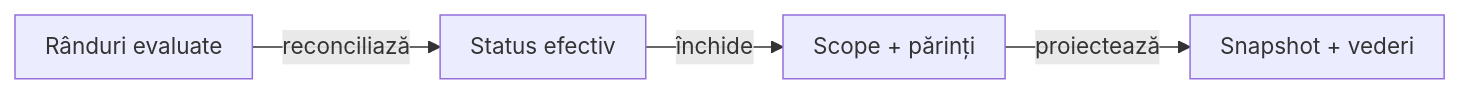
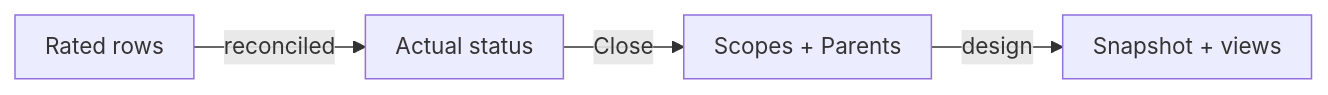
Diagram 11 of 18 in atf-reporting/README.md (crististefanita/atf_j0), drawn with Mermaid before and after one commit. The commit also changed other lines of this file and 113 other files, not shown here.

````diff
--- a/atf-reporting/README.md
+++ b/atf-reporting/README.md
@@ -1774,7 +1371,7 @@
 ```mermaid
 %%{init: {"themeVariables":{"fontSize":"15px"},"themeCSS":".nodeLabel, .nodeLabel p { font-size: 15px !important; line-height: 1.35 !important; } .edgeLabel, .edgeLabel p { font-size: 12px !important; font-weight: 400 !important; line-height: 1.2 !important; } .edgeLabel .labelBkg, .edgeLabel p { background: transparent !important; } .edgeLabel foreignObject { transform: translateY(-18px); overflow: visible; } .node rect { rx: 6px; ry: 6px; }","flowchart":{"curve":"linear","nodeSpacing":24,"rankSpacing":40,"padding":10,"diagramPadding":16}}}%%
 flowchart LR
-    Rows["Rânduri evaluate"] -->|reconciliază| Verdict["Status efectiv"]
-    Verdict -->|închide| Scope["Scope + părinți"]
-    Scope -->|proiectează| Views["Snapshot + vederi"]
+    Rows["Rated rows"] -->|reconciled| Verdict["Actual status"]
+    Verdict -->|Close| Scope["Scopes + Parents"]
+    Scope -->|design| Views["Snapshot + views"]
 ```
````
